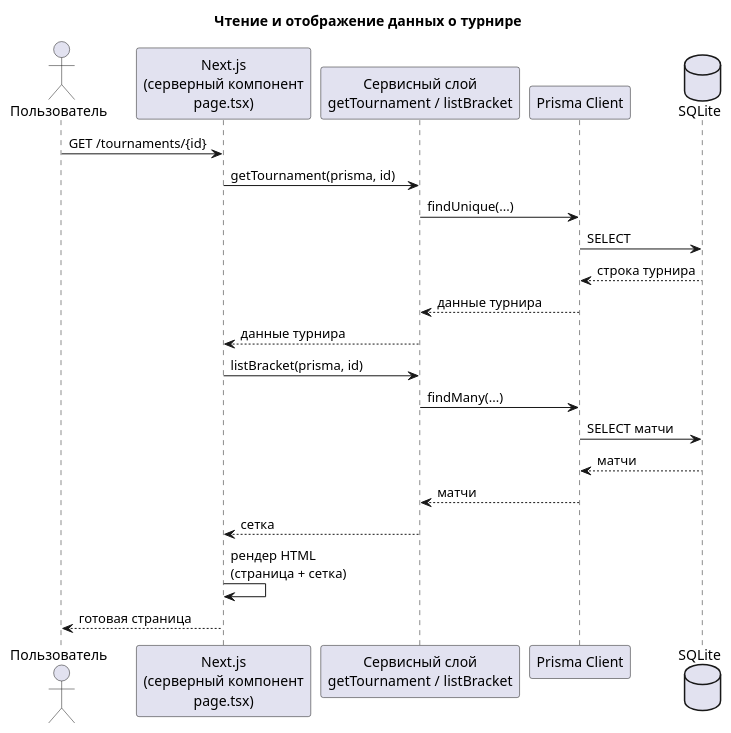
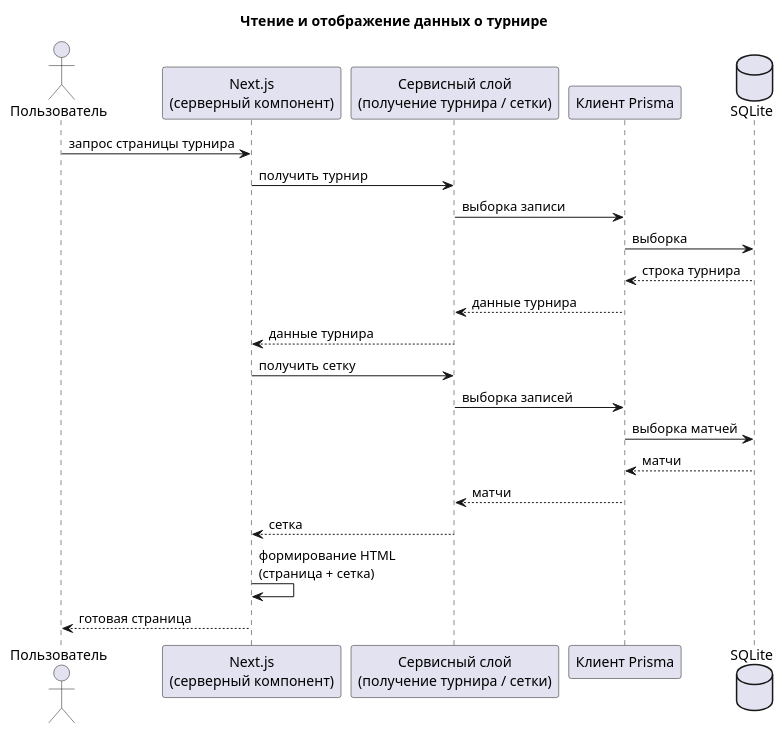
Before and after one commit to memekas/diplom: the diagram in docs/diagrams/04-chtenie-i-otobrazhenie.puml, drawn with PlantUML. The commit also changed 36 other files, not shown here.

First line of the commit message:
docs: Russian diagram labels + UI screenshots

```diff
--- a/docs/diagrams/04-chtenie-i-otobrazhenie.puml
+++ b/docs/diagrams/04-chtenie-i-otobrazhenie.puml
@@ -1,29 +1,29 @@
 @startuml seq-read
 title Чтение и отображение данных о турнире
 
 actor "Пользователь" as User
-participant "Next.js\n(серверный компонент\npage.tsx)" as RSC
-participant "Сервисный слой\ngetTournament / listBracket" as Svc
-participant "Prisma Client" as Prisma
+participant "Next.js\n(серверный компонент)" as RSC
+participant "Сервисный слой\n(получение турнира / сетки)" as Svc
+participant "Клиент Prisma" as Prisma
 database "SQLite" as DB
 
-User -> RSC : GET /tournaments/{id}
+User -> RSC : запрос страницы турнира
 
-RSC -> Svc : getTournament(prisma, id)
-Svc -> Prisma : findUnique(...)
-Prisma -> DB : SELECT
+RSC -> Svc : получить турнир
+Svc -> Prisma : выборка записи
+Prisma -> DB : выборка
 DB --> Prisma : строка турнира
 Prisma --> Svc : данные турнира
 Svc --> RSC : данные турнира
 
-RSC -> Svc : listBracket(prisma, id)
-Svc -> Prisma : findMany(...)
-Prisma -> DB : SELECT матчи
+RSC -> Svc : получить сетку
+Svc -> Prisma : выборка записей
+Prisma -> DB : выборка матчей
 DB --> Prisma : матчи
 Prisma --> Svc : матчи
 Svc --> RSC : сетка
 
-RSC -> RSC : рендер HTML\n(страница + сетка)
+RSC -> RSC : формирование HTML\n(страница + сетка)
 RSC --> User : готовая страница
 
 @enduml
```
